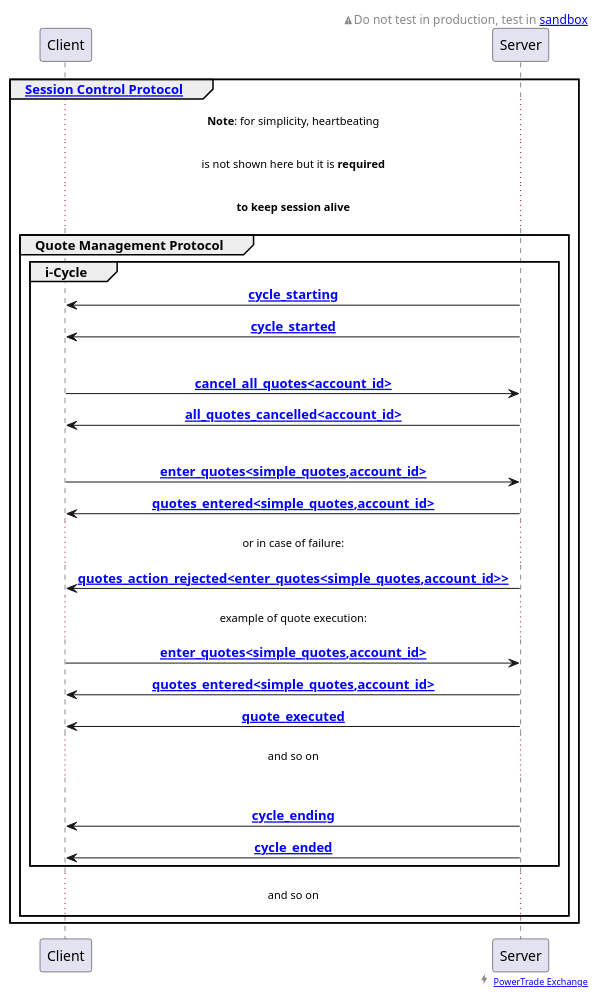
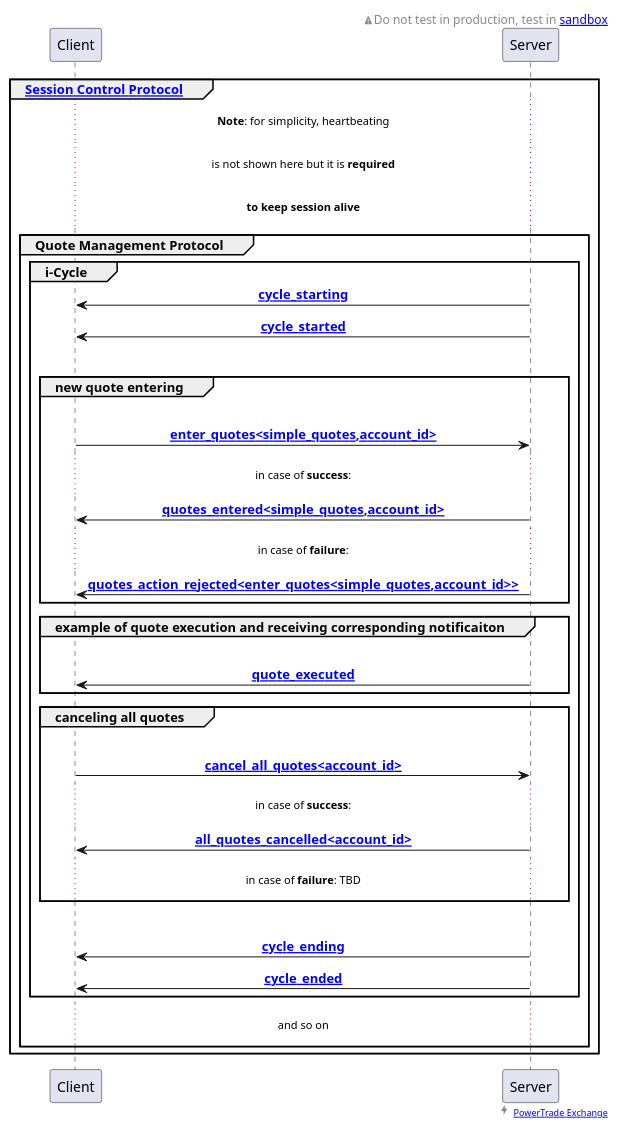
Before and after one commit to Power-Trade/api-docs: the diagram in protocols/puml/quote_management_protocol.puml, drawn with PlantUML. The commit also changed 4 other files, not shown here.

```diff
--- a/protocols/puml/quote_management_protocol.puml
+++ b/protocols/puml/quote_management_protocol.puml
@@ -1,60 +1,69 @@
 @startuml quote_management_protocol
 
 ' to support time duration and delays:
 '!pragma teoz true
 
 'skinparam handwritten true
 'skinparam shadowing false
 
 'skinparam monochrome true
 skinparam sequenceMessageAlign center
 
 'skinparam title {
 '    BorderRoundCorner 5
 '    BorderThickness 1
 '    BorderColor black
 '    BackgroundColor WhiteSmoke
 '}
 
     '<font color=black>Warning:</font>
 right header
     <size:12><&warning>Do not test in production, test in [[#WS_API_Services_Sandbox sandbox]]</size>
 endheader
 
 right footer <size:15><&bolt></size> <size:9>[[https://power.trade PowerTrade Exchange]]</size>
 
 'entity Client
 'entity Server
 
 group <b>[[#session_control_with_auth Session Control Protocol]]</b>
 
     ... <b>Note</b>: for simplicity, heartbeating ...
     ... is not shown here but it is <b>required</b> ...
     ... <b>to keep session alive</b> ...
 
     group <b>Quote Management Protocol</b>
         group i-Cycle
             Client <- Server : <b>[[#cycle_starting cycle_starting]]</b>
             Client <- Server : <b>[[#cycle_started cycle_started]]</b>
             |||
-            Client -> Server : <b>[[#cancel_all_quotes_ltaccount_id_gt cancel_all_quotes<account_id>]]</b>
-            Client <- Server : <b>[[#all_quotes_cancelled_ltaccount_id_gt all_quotes_cancelled<account_id>]]</b>
-            |||
-            Client -> Server : <b>[[#enter_quotes_ltsimple_quotes_commaaccount_id_gt enter_quotes<simple_quotes,account_id>]]</b>
-            Client <- Server : <b>[[#quotes_entered_ltsimple_quotes_commaaccount_id_gt quotes_entered<simple_quotes,account_id>]]</b>
-            ... or in case of failure: ...
-            Client <- Server : <b>[[#quotes_action_rejected_ltenter_quotes_ltsimple_quotes_commaaccount_id_gt_gt quotes_action_rejected<enter_quotes<simple_quotes,account_id>>]]</b>
-            ... example of quote execution: ...
-            Client -> Server : <b>[[#enter_quotes_ltsimple_quotes_commaaccount_id_gt enter_quotes<simple_quotes,account_id>]]</b>
-            Client <- Server : <b>[[#quotes_entered_ltsimple_quotes_commaaccount_id_gt quotes_entered<simple_quotes,account_id>]]</b>
-            Client <- Server : <b>[[#quote_executed quote_executed]]</b>
-            ... and so on ...
+            group new quote entering
+                |||
+                Client -> Server : <b>[[#enter_quotes_ltsimple_quotes_commaaccount_id_gt enter_quotes<simple_quotes,account_id>]]</b>
+                ... in case of <b>success</b>: ...
+                Client <- Server : <b>[[#quotes_entered_ltsimple_quotes_commaaccount_id_gt quotes_entered<simple_quotes,account_id>]]</b>
+                ... in case of <b>failure</b>: ...
+                Client <- Server : <b>[[#quotes_action_rejected_ltenter_quotes_ltsimple_quotes_commaaccount_id_gt_gt quotes_action_rejected<enter_quotes<simple_quotes,account_id>>]]</b>
+            end
+
+            group example of quote execution and receiving corresponding notificaiton
+                |||
+                Client <- Server : <b>[[#quote_executed quote_executed]]</b>
+            end
+
+            group canceling all quotes
+                |||
+                Client -> Server : <b>[[#cancel_all_quotes_ltaccount_id_gt cancel_all_quotes<account_id>]]</b>
+                ... in case of <b>success</b>: ...
+                Client <- Server : <b>[[#all_quotes_cancelled_ltaccount_id_gt all_quotes_cancelled<account_id>]]</b>
+                ... in case of <b>failure</b>: TBD ...
+            end
             |||
             Client <- Server : <b>[[#cycle_ending cycle_ending]]</b>
             Client <- Server : <b>[[#cycle_ended cycle_ended]]</b>
         end
         ... and so on ...
     end
 end
 
 @enduml
```
